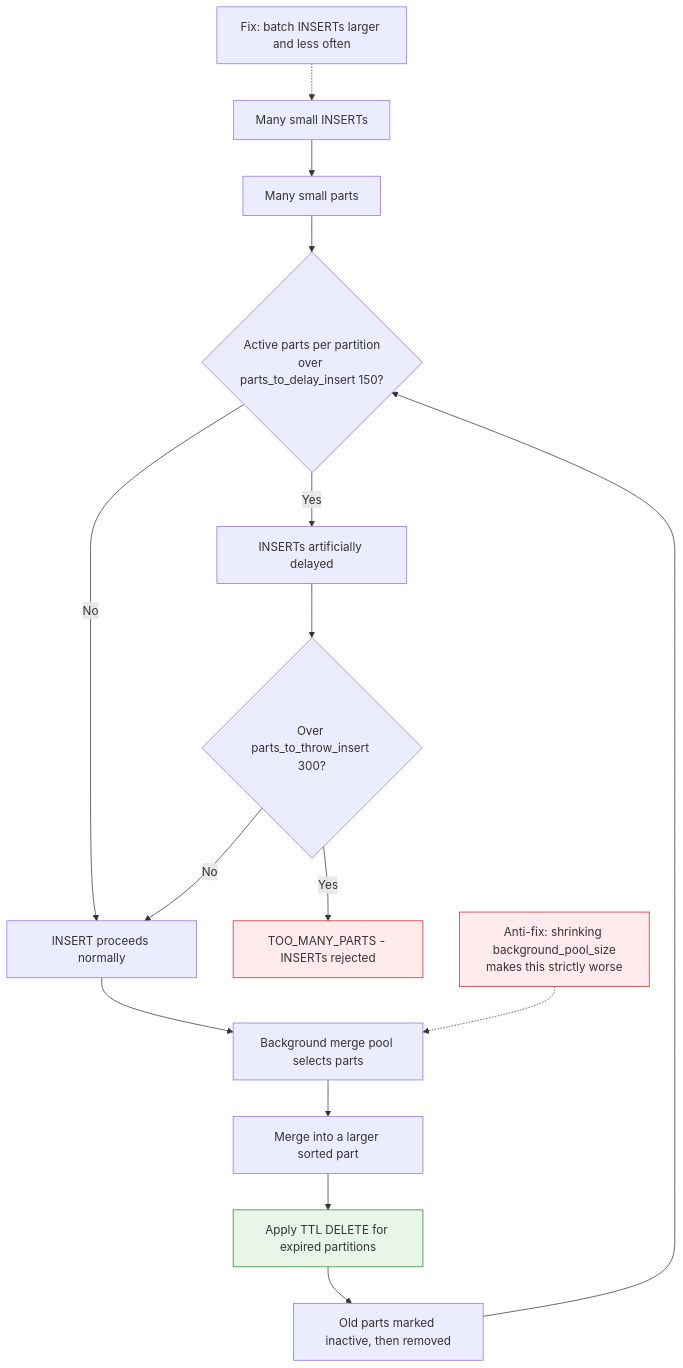
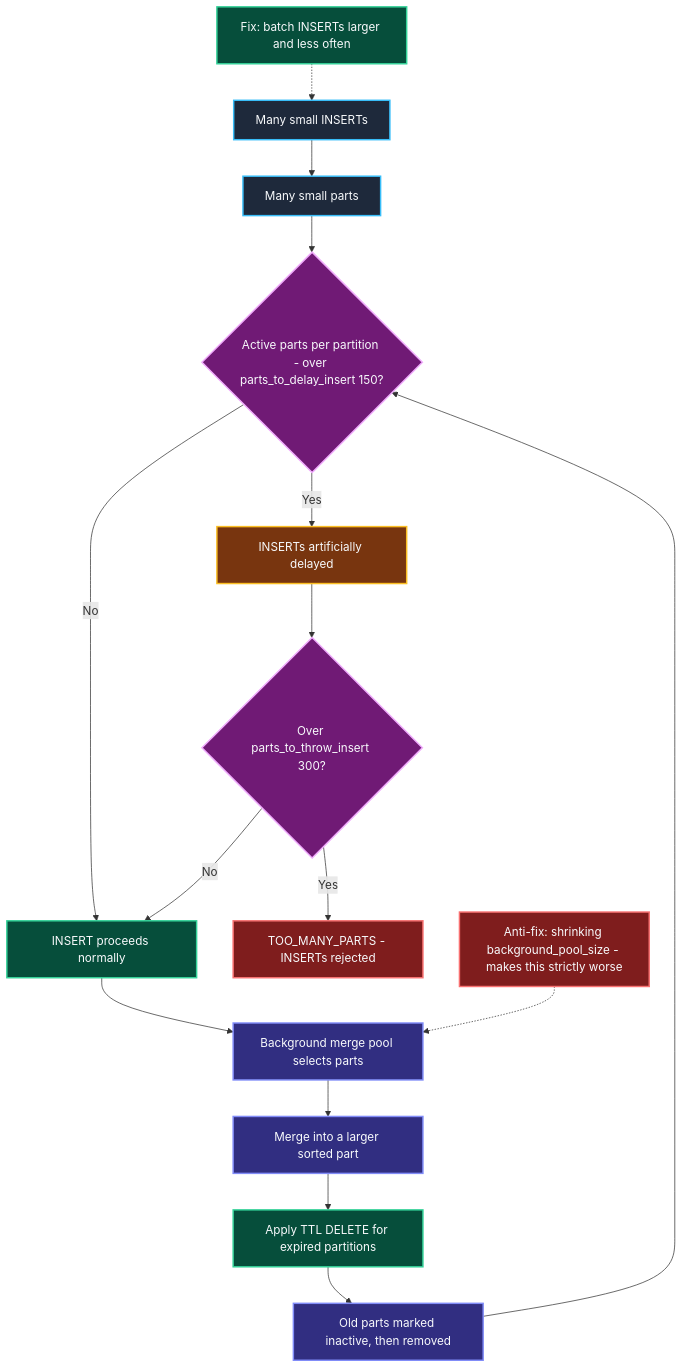
One commit to Chief-Strategist-J/llm-obs-infra changed diagram 16 of 17 in docs/configDoc/clickhouse-configuration-guide.md. Above: the diagram before and after it, drawn with Mermaid. The commit also changed other lines of this file, not shown here.

First line of the commit message:
fix(clickhouse-docs): repair Mermaid rendering, colour all diagrams, strip pseudocode comments

````diff
--- a/docs/configDoc/clickhouse-configuration-guide.md
+++ b/docs/configDoc/clickhouse-configuration-guide.md
@@ -1545,23 +1682,33 @@
 ```mermaid
 graph TB
     A1["Many small INSERTs"] --> A2["Many small parts"]
-    A2 --> A3{"Active parts per partition<br/>over parts_to_delay_insert 150?"}
+    A2 --> A3{"Active parts per partition - over parts_to_delay_insert 150?"}
     A3 -->|Yes| A4["INSERTs artificially delayed"]
     A3 -->|No| A5["INSERT proceeds normally"]
     A4 --> A6{"Over parts_to_throw_insert 300?"}
     A6 -->|Yes| A7["TOO_MANY_PARTS - INSERTs rejected"]
     A6 -->|No| A5
 
     A5 --> B1["Background merge pool selects parts"]
     B1 --> B2["Merge into a larger sorted part"]
     B2 --> B3["Apply TTL DELETE for expired partitions"]
     B3 --> B4["Old parts marked inactive, then removed"]
     B4 --> A3
 
     C1["Fix: batch INSERTs larger and less often"] -.-> A1
-    C2["Anti-fix: shrinking background_pool_size<br/>makes this strictly worse"] -.-> B1
+    C2["Anti-fix: shrinking background_pool_size - makes this strictly worse"] -.-> B1
 
-    style A7 fill:#ffebee,stroke:#c62828
-    style C2 fill:#ffebee,stroke:#c62828
-    style B3 fill:#e8f5e9,stroke:#2e7d32
+    style A1 fill:#1e293b,stroke:#38bdf8,stroke-width:2px,color:#f8fafc
+    style A2 fill:#1e293b,stroke:#38bdf8,stroke-width:2px,color:#f8fafc
+    style A3 fill:#701a75,stroke:#f0abfc,stroke-width:2px,color:#f8fafc
+    style A6 fill:#701a75,stroke:#f0abfc,stroke-width:2px,color:#f8fafc
+    style A4 fill:#78350f,stroke:#fbbf24,stroke-width:2px,color:#f8fafc
+    style A5 fill:#064e3b,stroke:#34d399,stroke-width:2px,color:#f8fafc
+    style B3 fill:#064e3b,stroke:#34d399,stroke-width:2px,color:#f8fafc
+    style C1 fill:#064e3b,stroke:#34d399,stroke-width:2px,color:#f8fafc
+    style B1 fill:#312e81,stroke:#818cf8,stroke-width:2px,color:#f8fafc
+    style B2 fill:#312e81,stroke:#818cf8,stroke-width:2px,color:#f8fafc
+    style B4 fill:#312e81,stroke:#818cf8,stroke-width:2px,color:#f8fafc
+    style A7 fill:#7f1d1d,stroke:#f87171,stroke-width:2px,color:#f8fafc
+    style C2 fill:#7f1d1d,stroke:#f87171,stroke-width:2px,color:#f8fafc
 ```
````
